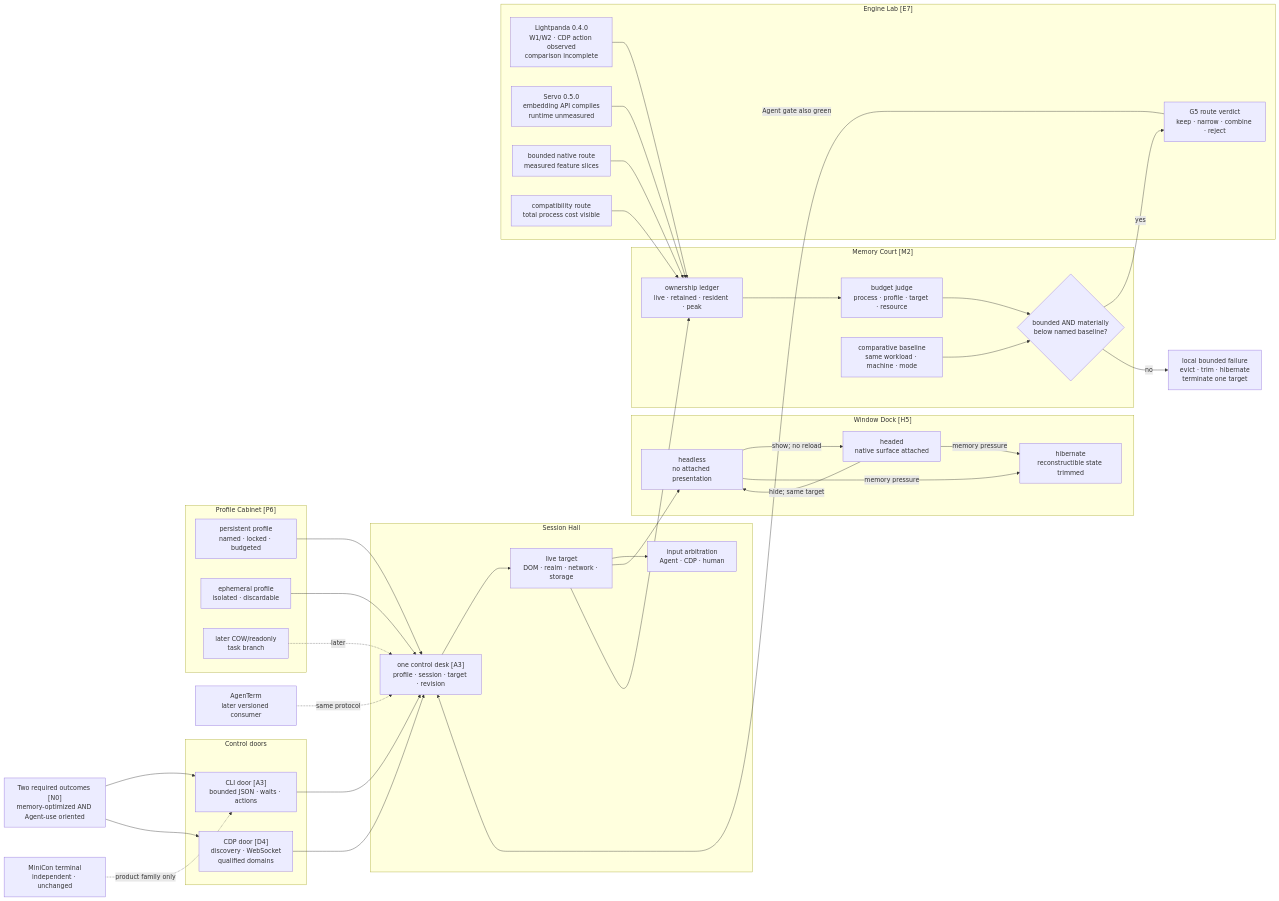
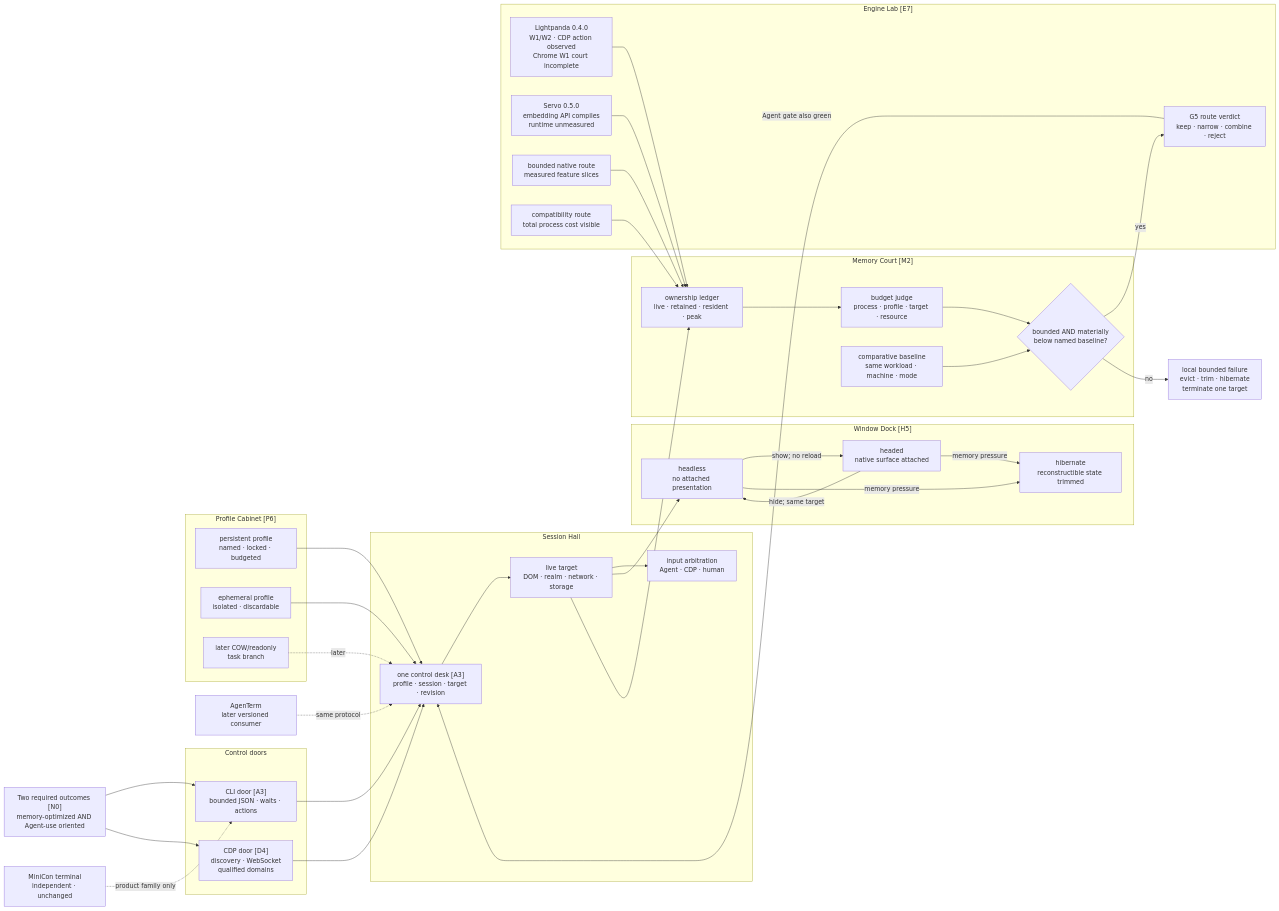
The diagram in plan/plan-0.0.x.md (partnernetsoftware/minicon-surf), drawn with Mermaid before and after one commit. The commit also changed other lines of this file and 6 other files, not shown here.

````diff
--- a/plan/plan-0.0.x.md
+++ b/plan/plan-0.0.x.md
@@ -151,64 +151,64 @@
 ```mermaid
 flowchart LR
     U["Two required outcomes [N0]<br/>memory-optimized AND Agent-use oriented"]
 
     subgraph ENTRY["Control doors"]
         CLI["CLI door [A3]<br/>bounded JSON · waits · actions"]
         CDP["CDP door [D4]<br/>discovery · WebSocket<br/>qualified domains"]
     end
 
     subgraph ID["Profile Cabinet [P6]"]
         PP["persistent profile<br/>named · locked · budgeted"]
         EP["ephemeral profile<br/>isolated · discardable"]
         CP["later COW/readonly<br/>task branch"]
     end
 
     subgraph LIVE["Session Hall"]
         CTRL["one control desk [A3]<br/>profile · session · target · revision"]
         PAGE["live target<br/>DOM · realm · network · storage"]
         ARB["input arbitration<br/>Agent · CDP · human"]
     end
 
     subgraph SURF["Window Dock [H5]"]
         OFF["headless<br/>no attached presentation"]
         ON["headed<br/>native surface attached"]
         HIB["hibernate<br/>reconstructible state trimmed"]
     end
 
     subgraph MEM["Memory Court [M2]"]
         BOOK["ownership ledger<br/>live · retained · resident · peak"]
         LIMIT["budget judge<br/>process · profile · target · resource"]
         BASE["comparative baseline<br/>same workload · machine · mode"]
         PRESS{"bounded AND materially<br/>below named baseline?"}
     end
 
     subgraph LAB["Engine Lab [E7]"]
-        LP["Lightpanda 0.4.0<br/>W1/W2 · CDP action observed<br/>comparison incomplete"]
+        LP["Lightpanda 0.4.0<br/>W1/W2 · CDP action observed<br/>Chrome W1 court incomplete"]
         SERVO["Servo 0.5.0<br/>embedding API compiles<br/>runtime unmeasured"]
         NATIVE["bounded native route<br/>measured feature slices"]
         COMPAT["compatibility route<br/>total process cost visible"]
         DECIDE["G5 route verdict<br/>keep · narrow · combine · reject"]
     end
 
     AT["AgenTerm<br/>later versioned consumer"]
     MINI["MiniCon terminal<br/>independent · unchanged"]
     FAIL["local bounded failure<br/>evict · trim · hibernate<br/>terminate one target"]
 
     U --> CLI & CDP
     CLI & CDP --> CTRL
     PP & EP --> CTRL
     CP -. later .-> CTRL
     CTRL --> PAGE --> ARB
     PAGE --> OFF
     OFF -->|show; no reload| ON
     ON -->|hide; same target| OFF
     OFF & ON -->|memory pressure| HIB
     PAGE --> BOOK --> LIMIT --> PRESS
     BASE --> PRESS
     LP & SERVO & NATIVE & COMPAT --> BOOK
     PRESS -->|yes| DECIDE
     PRESS -->|no| FAIL
     DECIDE -->|Agent gate also green| CTRL
     AT -. same protocol .-> CTRL
     MINI -. product family only .-> CLI
 ```
````
